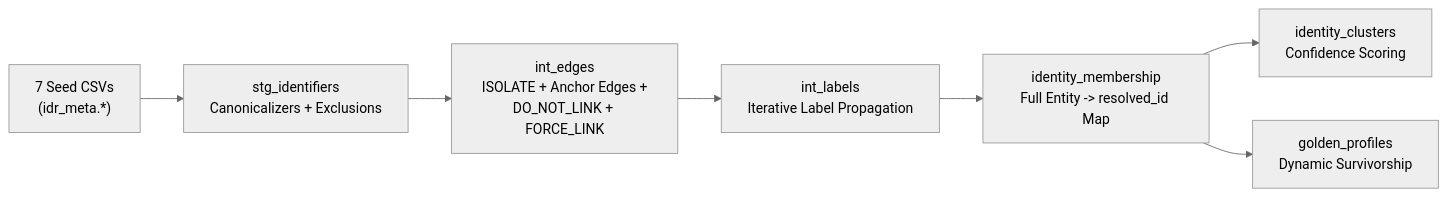
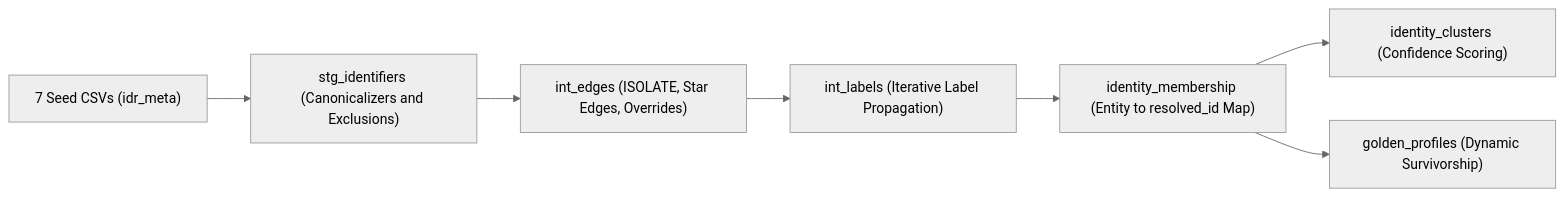
One commit to anilkulkarni87/sql-identity-oss changed the diagram in docs/interfaces-and-dbt.md. Above: the diagram before and after it, drawn with Mermaid (neutral theme). The commit also changed 8 other files, not shown here.

Commit message:
docs: add GA4 tag, fix math formulas rendering, and correct mermaid diagram syntax

````diff
--- a/docs/interfaces-and-dbt.md
+++ b/docs/interfaces-and-dbt.md
@@ -141,9 +141,17 @@
 ```mermaid
 flowchart LR
-    Seeds["7 Seed CSVs\n(idr_meta.*)"] --> M1["stg_identifiers\nCanonicalizers + Exclusions"]
-    M1 --> M2["int_edges\nISOLATE + Anchor Edges +\nDO_NOT_LINK + FORCE_LINK"]
-    M2 --> M3["int_labels\nIterative Label Propagation"]
-    M3 --> M4["identity_membership\nFull Entity -> resolved_id Map"]
-    M4 --> M5["identity_clusters\nConfidence Scoring"]
-    M4 --> M6["golden_profiles\nDynamic Survivorship"]
+    Seeds["7 Seed CSVs (idr_meta)"]
+    M1["stg_identifiers (Canonicalizers and Exclusions)"]
+    M2["int_edges (ISOLATE, Star Edges, Overrides)"]
+    M3["int_labels (Iterative Label Propagation)"]
+    M4["identity_membership (Entity to resolved_id Map)"]
+    M5["identity_clusters (Confidence Scoring)"]
+    M6["golden_profiles (Dynamic Survivorship)"]
+
+    Seeds --> M1
+    M1 --> M2
+    M2 --> M3
+    M3 --> M4
+    M4 --> M5
+    M4 --> M6
 ```
````
